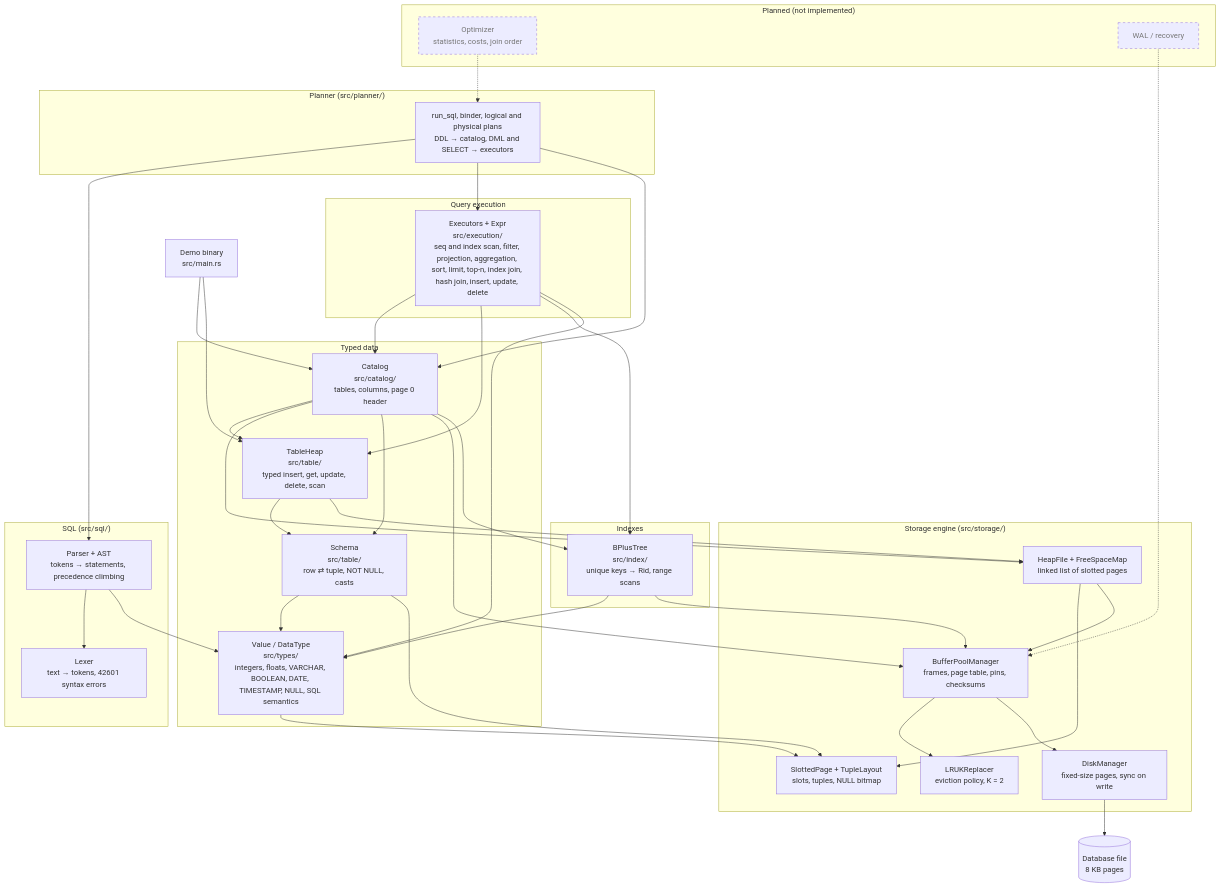
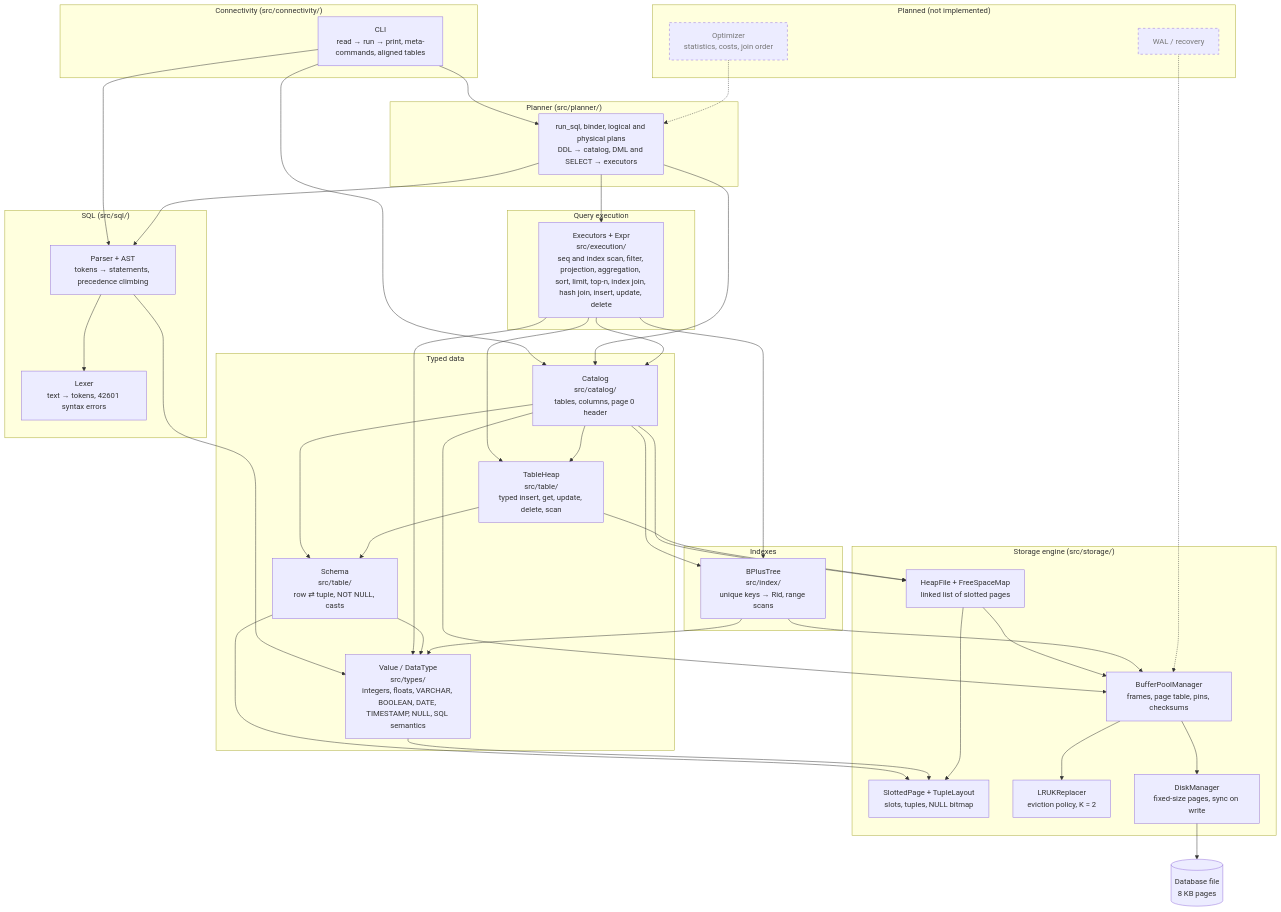
The diagram in docs/architecture.md (RodrigoGrz/ferro-db), drawn with Mermaid before and after one commit. The commit also changed other lines of this file and 13 other files, not shown here.

````diff
--- a/docs/architecture.md
+++ b/docs/architecture.md
@@ -9,77 +9,80 @@
 ```mermaid
 flowchart TD
-    demo["Demo binary<br/>src/main.rs"]
+    subgraph connectivity["Connectivity (src/connectivity/)"]
+        cli["CLI<br/>read → run → print, meta-commands, aligned tables"]
+    end
 
     subgraph upper["Typed data"]
         catalog["Catalog<br/>src/catalog/<br/>tables, columns, page 0 header"]
         tableheap["TableHeap<br/>src/table/<br/>typed insert, get, update, delete, scan"]
         schema["Schema<br/>src/table/<br/>row ⇄ tuple, NOT NULL, casts"]
         types["Value / DataType<br/>src/types/<br/>integers, floats, VARCHAR, BOOLEAN, DATE, TIMESTAMP, NULL, SQL semantics"]
     end
 
     subgraph indexes["Indexes"]
         btree["BPlusTree<br/>src/index/<br/>unique keys → Rid, range scans"]
     end
 
     subgraph sql["SQL (src/sql/)"]
         lexer["Lexer<br/>text → tokens, 42601 syntax errors"]
         parser["Parser + AST<br/>tokens → statements, precedence climbing"]
     end
 
     subgraph planning["Planner (src/planner/)"]
         planner["run_sql, binder, logical and physical plans<br/>DDL → catalog, DML and SELECT → executors"]
     end
 
     subgraph execution["Query execution"]
         exec["Executors + Expr<br/>src/execution/<br/>seq and index scan, filter, projection, aggregation, sort, limit, top-n, index join, hash join, insert, update, delete"]
     end
 
     subgraph storage["Storage engine (src/storage/)"]
         heap["HeapFile + FreeSpaceMap<br/>linked list of slotted pages"]
         slotted["SlottedPage + TupleLayout<br/>slots, tuples, NULL bitmap"]
         bpm["BufferPoolManager<br/>frames, page table, pins, checksums"]
         replacer["LRUKReplacer<br/>eviction policy, K = 2"]
         disk["DiskManager<br/>fixed-size pages, sync on write"]
     end
 
     file[("Database file<br/>8 KB pages")]
 
-    demo --> catalog
-    demo --> tableheap
+    cli --> planner
+    cli --> parser
+    cli --> catalog
     parser --> lexer
     planner --> parser
     planner --> exec
     planner --> catalog
     parser --> types
     exec --> catalog
     exec --> tableheap
     exec --> btree
     exec --> types
     catalog --> tableheap
     catalog --> heap
     catalog --> schema
     tableheap --> schema
     tableheap --> heap
     schema --> types
     schema --> slotted
     types --> slotted
     heap --> slotted
     heap --> bpm
     catalog --> bpm
     catalog --> btree
     btree --> types
     btree --> bpm
     bpm --> replacer
     bpm --> disk
     disk --> file
 
     subgraph planned["Planned (not implemented)"]
         optimizer["Optimizer<br/>statistics, costs, join order"]
         wal["WAL / recovery"]
     end
     optimizer -.-> planner
     wal -.-> bpm
 
     classDef plannedNode stroke-dasharray: 5 5,color:#777
     class optimizer,wal plannedNode
 ```
````
